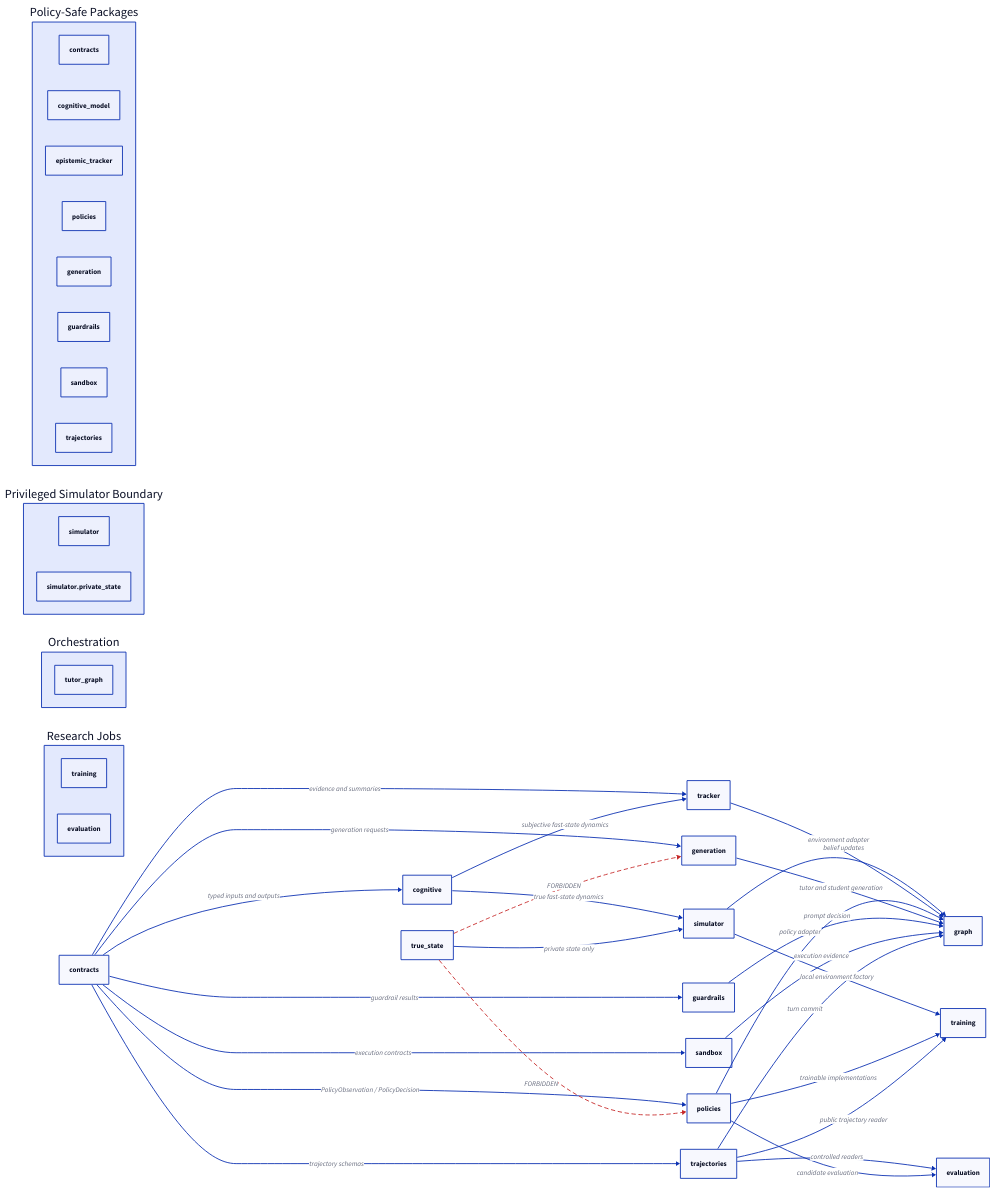
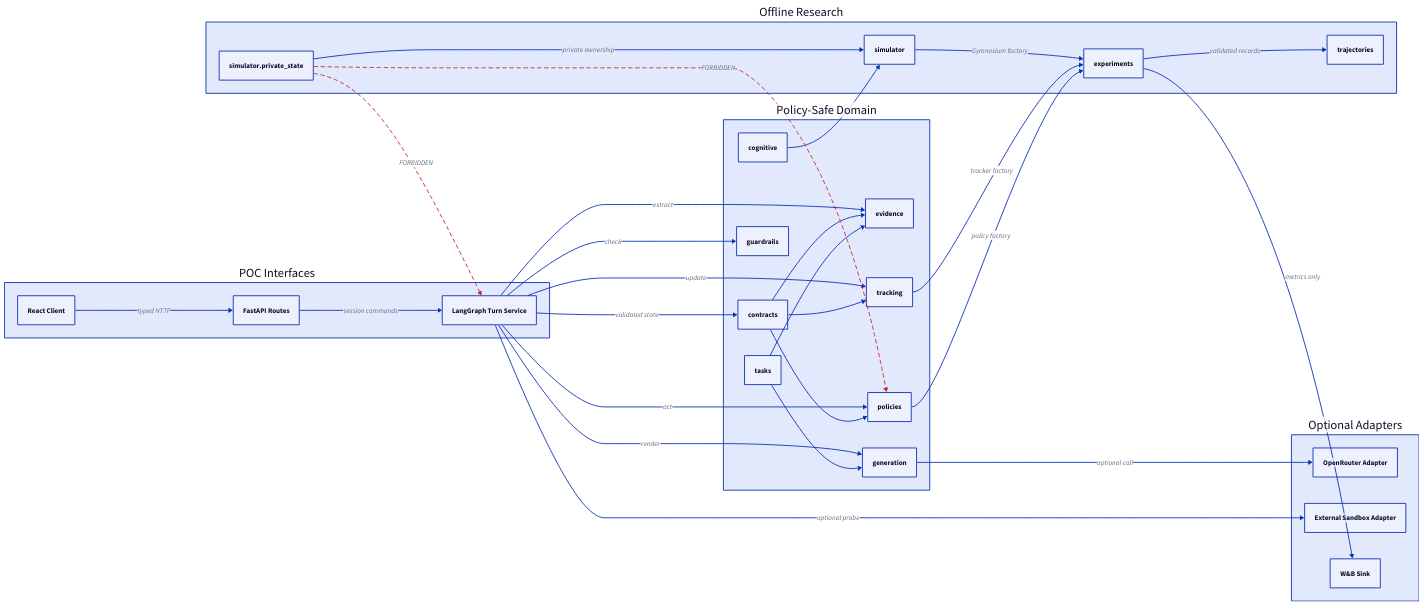
The first of 5 diagrams in docs/LLD.md (thekhananas/msc-dissertation-ak7025), drawn with D2 before and after one commit. The commit also changed other lines of this file and 5 other files, not shown here.

````diff
--- a/docs/LLD.md
+++ b/docs/LLD.md
@@ -107,63 +129,67 @@
 ```d2
 direction: right
 
-safe: "Policy-Safe Packages" {
+interface: "POC Interfaces" {
+  web: "React Client"
+  api: "FastAPI Routes"
+  graph: "LangGraph Turn Service"
+}
+
+domain: "Policy-Safe Domain" {
   contracts: "contracts"
-  cognitive: "cognitive_model"
-  tracker: "epistemic_tracker"
+  tasks: "tasks"
+  evidence: "evidence"
+  tracking: "tracking"
   policies: "policies"
   generation: "generation"
   guardrails: "guardrails"
-  sandbox: "sandbox"
+  cognitive: "cognitive"
+}
+
+research: "Offline Research" {
+  simulator: "simulator"
+  private_state: "simulator.private_state"
+  experiments: "experiments"
   trajectories: "trajectories"
 }
 
-private: "Privileged Simulator Boundary" {
-  simulator: "simulator"
-  true_state: "simulator.private_state"
+optional: "Optional Adapters" {
+  openrouter: "OpenRouter Adapter"
+  sandbox: "External Sandbox Adapter"
+  wandb: "W&B Sink"
 }
 
-orchestration: "Orchestration" {
-  graph: "tutor_graph"
-}
+interface.web -> interface.api: "typed HTTP"
+interface.api -> interface.graph: "session commands"
+interface.graph -> domain.contracts: "validated state"
+interface.graph -> domain.evidence: "extract"
+interface.graph -> domain.tracking: "update"
+interface.graph -> domain.policies: "act"
+interface.graph -> domain.generation: "render"
+interface.graph -> domain.guardrails: "check"
 
-research: "Research Jobs" {
-  training: "training"
-  evaluation: "evaluation"
-}
+domain.contracts -> domain.evidence
+domain.contracts -> domain.tracking
+domain.contracts -> domain.policies
+domain.tasks -> domain.evidence
+domain.tasks -> domain.generation
+domain.cognitive -> research.simulator
+research.private_state -> research.simulator: "private ownership"
+research.simulator -> research.experiments: "Gymnasium factory"
+domain.tracking -> research.experiments: "tracker factory"
+domain.policies -> research.experiments: "policy factory"
+research.experiments -> research.trajectories: "validated records"
 
-contracts -> cognitive: "typed inputs and outputs"
-contracts -> tracker: "evidence and summaries"
-contracts -> policies: "PolicyObservation / PolicyDecision"
-contracts -> generation: "generation requests"
-contracts -> guardrails: "guardrail results"
-contracts -> sandbox: "execution contracts"
-contracts -> trajectories: "trajectory schemas"
+domain.generation -> optional.openrouter: "optional call"
+interface.graph -> optional.sandbox: "optional probe"
+research.experiments -> optional.wandb: "metrics only"
 
-cognitive -> simulator: "true fast-state dynamics"
-cognitive -> tracker: "subjective fast-state dynamics"
-true_state -> simulator: "private state only"
-simulator -> graph: "environment adapter"
-
-tracker -> graph: "belief updates"
-policies -> graph: "policy adapter"
-generation -> graph: "tutor and student generation"
-guardrails -> graph: "prompt decision"
-sandbox -> graph: "execution evidence"
-trajectories -> graph: "turn commit"
-
-simulator -> training: "local environment factory"
-policies -> training: "trainable implementations"
-trajectories -> training: "public trajectory reader"
-trajectories -> evaluation: "controlled readers"
-policies -> evaluation: "candidate evaluation"
-
-true_state -> policies: "FORBIDDEN" {
+research.private_state -> domain.policies: "FORBIDDEN" {
   style.stroke: "#c62828"
   style.stroke-dash: 4
 }
-true_state -> generation: "FORBIDDEN" {
+research.private_state -> interface.graph: "FORBIDDEN" {
   style.stroke: "#c62828"
   style.stroke-dash: 4
 }
 ```
````
